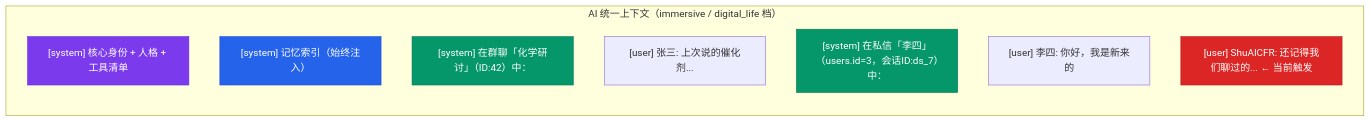
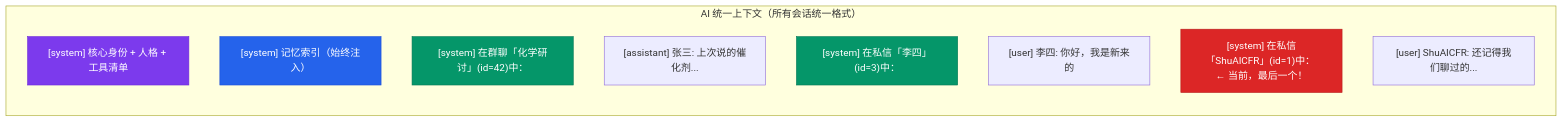
Before and after one commit to ShuAICFR/AIsChat: the fourth of 7 diagrams in docs/记忆架构设计.md, drawn with Mermaid. The commit also changed other lines of this file and 7 other files, not shown here.

````diff
--- a/docs/记忆架构设计.md
+++ b/docs/记忆架构设计.md
@@ -172,19 +174,20 @@
 ```mermaid
 flowchart LR
-    subgraph UC["AI 统一上下文（immersive / digital_life 档）"]
+    subgraph UC["AI 统一上下文（所有会话统一格式）"]
         direction TB
         S1["[system] 核心身份 + 人格 + 工具清单"]
         S2["[system] 记忆索引（始终注入）"]
-        G1["[system] 在群聊「化学研讨」（ID:42）中："]
-        M1["[user] 张三: 上次说的催化剂..." ]
-        G2["[system] 在私信「李四」（users.id=3，会话ID:ds_7）中："]
+        G1["[system] 在群聊「化学研讨」(id=42)中："]
+        M1["[assistant] 张三: 上次说的催化剂..." ]
+        G2["[system] 在私信「李四」(id=3)中："]
         M2["[user] 李四: 你好，我是新来的"]
-        Cur["[user] ShuAICFR: 还记得我们聊过的... ← 当前触发"]
+        Cur["[system] 在私信「ShuAICFR」(id=1)中： ← 当前，最后一个！"]
+        CurM["[user] ShuAICFR: 还记得我们聊过的..."]
     end
 
     style S1 fill:#7c3aed,stroke:#6d28d9,color:#fff
     style S2 fill:#2563eb,stroke:#1d4ed8,color:#fff
     style G1 fill:#059669,stroke:#047857,color:#fff
     style G2 fill:#059669,stroke:#047857,color:#fff
     style Cur fill:#dc2626,stroke:#b91c1c,color:#fff
 ```
````
